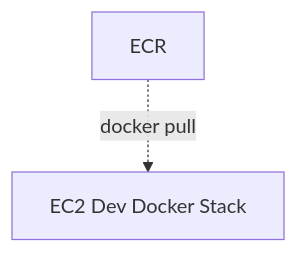
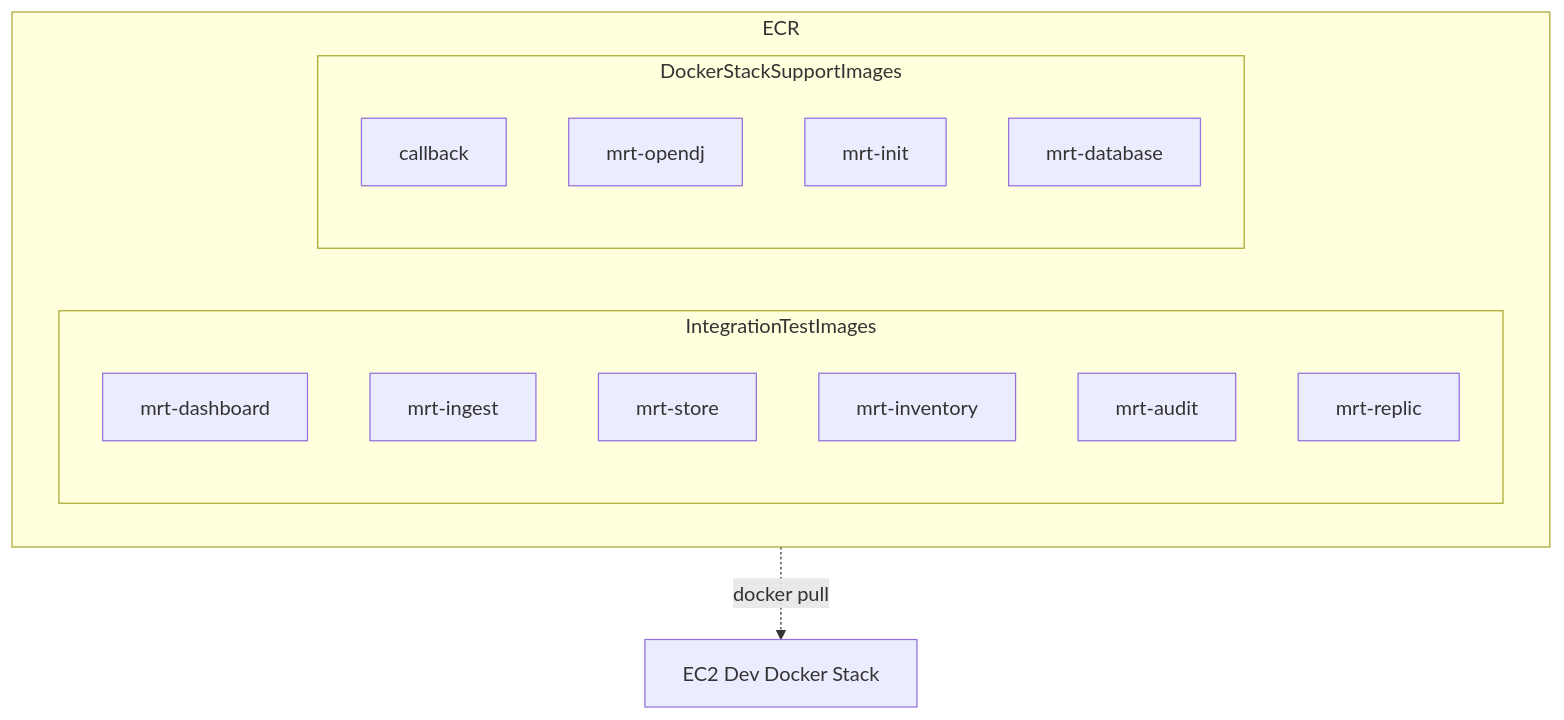
Before and after one commit to CDLUC3/mrt-doc: the fifth of 10 diagrams in design/aws-build/README.md, drawn with Mermaid. The commit also changed other lines of this file, not shown here.

````diff
--- a/design/aws-build/README.md
+++ b/design/aws-build/README.md
@@ -103,6 +133,22 @@
 ```mermaid
 graph TD
-  ECR
   ECR -.-> |docker pull| EC2_Dev
   EC2_Dev[EC2 Dev Docker Stack]
+  subgraph ECR
+    subgraph IntegrationTestImages
+      mrt-dashboard
+      mrt-ingest
+      mrt-store
+      mrt-inventory
+      mrt-audit
+      mrt-replic
+    end
+
+    subgraph DockerStackSupportImages
+      callback
+      mrt-opendj
+      mrt-init
+      mrt-database
+    end
+  end
 ```
````
